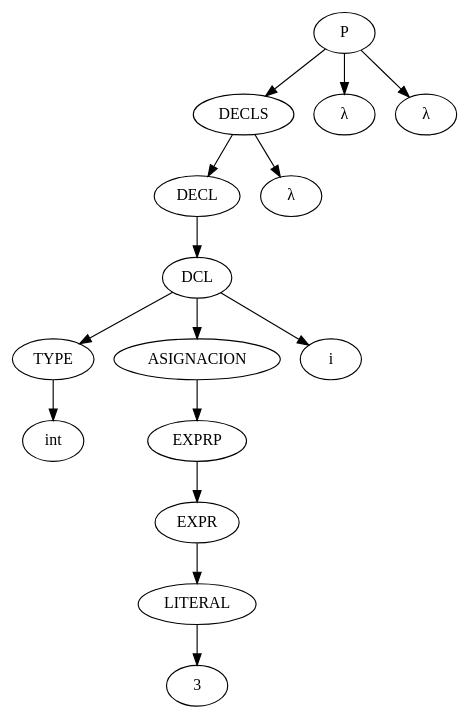
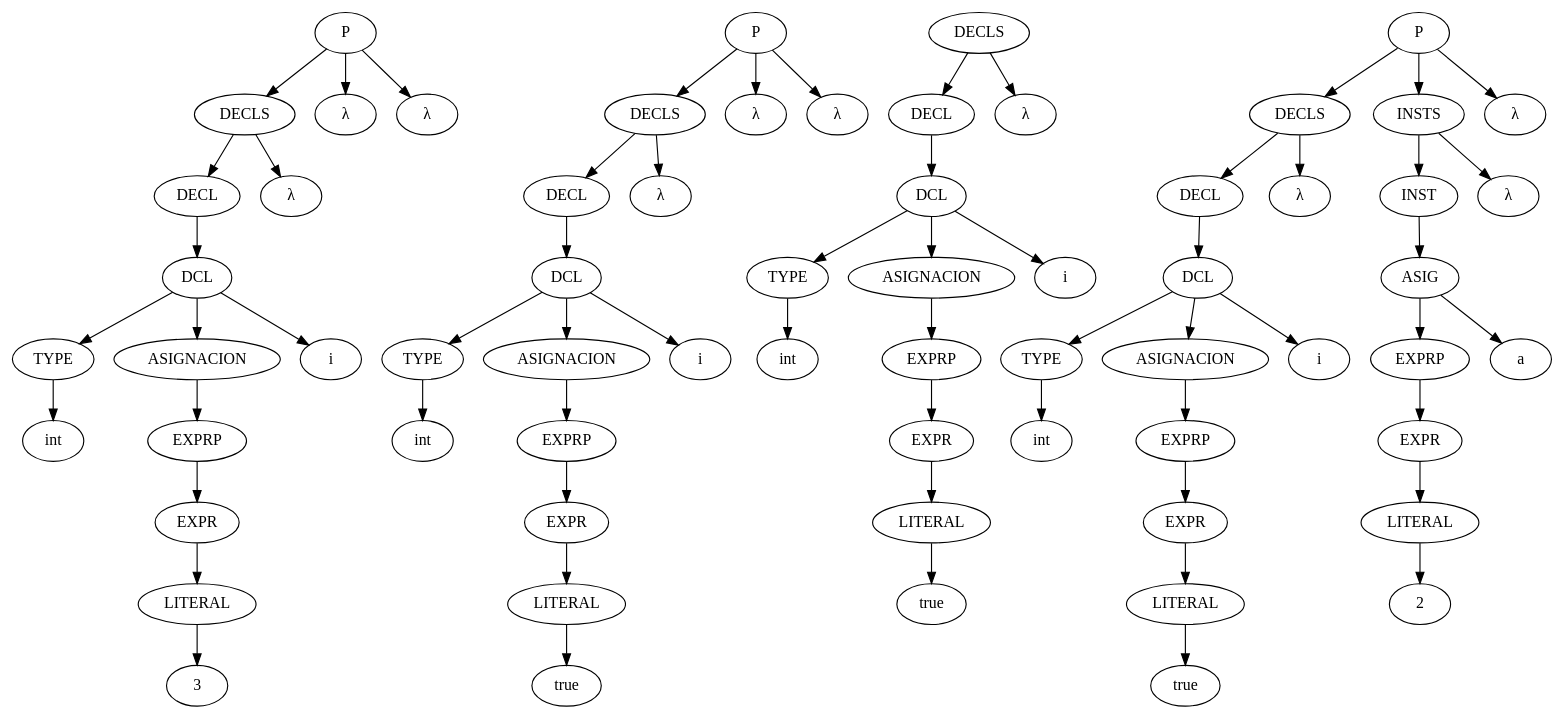
One commit to TomeuRamis/Csar changed the diagram in Arbol sintactico.dot. Above: the diagram before and after it, drawn with Graphviz. The commit also changed 15 other files, not shown here.

```diff
--- a/Arbol sintactico.dot
+++ b/Arbol sintactico.dot
@@ -1,31 +1,128 @@
 strict digraph G {
   TYPE0 [ label="TYPE" ];
   int1 [ label="int" ];
   LITERAL2 [ label="LITERAL" ];
   33 [ label="3" ];
   EXPR4 [ label="EXPR" ];
   EXPRP5 [ label="EXPRP" ];
   ASIGNACION6 [ label="ASIGNACION" ];
   DCL7 [ label="DCL" ];
   i8 [ label="i" ];
   DECL9 [ label="DECL" ];
   lambda10 [ label="λ" ];
   DECLS11 [ label="DECLS" ];
   lambda12 [ label="λ" ];
   lambda13 [ label="λ" ];
   P14 [ label="P" ];
+  TYPE15 [ label="TYPE" ];
+  int16 [ label="int" ];
+  LITERAL17 [ label="LITERAL" ];
+  true18 [ label="true" ];
+  EXPR19 [ label="EXPR" ];
+  EXPRP20 [ label="EXPRP" ];
+  ASIGNACION21 [ label="ASIGNACION" ];
+  DCL22 [ label="DCL" ];
+  i23 [ label="i" ];
+  DECL24 [ label="DECL" ];
+  lambda25 [ label="λ" ];
+  DECLS26 [ label="DECLS" ];
+  lambda27 [ label="λ" ];
+  lambda28 [ label="λ" ];
+  P29 [ label="P" ];
+  TYPE30 [ label="TYPE" ];
+  int31 [ label="int" ];
+  LITERAL32 [ label="LITERAL" ];
+  true33 [ label="true" ];
+  EXPR34 [ label="EXPR" ];
+  EXPRP35 [ label="EXPRP" ];
+  ASIGNACION36 [ label="ASIGNACION" ];
+  DCL37 [ label="DCL" ];
+  i38 [ label="i" ];
+  DECL39 [ label="DECL" ];
+  lambda40 [ label="λ" ];
+  DECLS41 [ label="DECLS" ];
+  TYPE42 [ label="TYPE" ];
+  int43 [ label="int" ];
+  LITERAL44 [ label="LITERAL" ];
+  true45 [ label="true" ];
+  EXPR46 [ label="EXPR" ];
+  EXPRP47 [ label="EXPRP" ];
+  ASIGNACION48 [ label="ASIGNACION" ];
+  DCL49 [ label="DCL" ];
+  i50 [ label="i" ];
+  DECL51 [ label="DECL" ];
+  lambda52 [ label="λ" ];
+  DECLS53 [ label="DECLS" ];
+  LITERAL54 [ label="LITERAL" ];
+  255 [ label="2" ];
+  EXPR56 [ label="EXPR" ];
+  EXPRP57 [ label="EXPRP" ];
+  ASIG58 [ label="ASIG" ];
+  a59 [ label="a" ];
+  INST60 [ label="INST" ];
+  lambda61 [ label="λ" ];
+  INSTS62 [ label="INSTS" ];
+  lambda63 [ label="λ" ];
+  P64 [ label="P" ];
   TYPE0 -> int1;
   LITERAL2 -> 33;
   EXPR4 -> LITERAL2;
   EXPRP5 -> EXPR4;
   ASIGNACION6 -> EXPRP5;
   DCL7 -> TYPE0;
   DCL7 -> i8;
   DCL7 -> ASIGNACION6;
   DECL9 -> DCL7;
   DECLS11 -> DECL9;
   DECLS11 -> lambda10;
   P14 -> DECLS11;
   P14 -> lambda12;
   P14 -> lambda13;
+  TYPE15 -> int16;
+  LITERAL17 -> true18;
+  EXPR19 -> LITERAL17;
+  EXPRP20 -> EXPR19;
+  ASIGNACION21 -> EXPRP20;
+  DCL22 -> TYPE15;
+  DCL22 -> i23;
+  DCL22 -> ASIGNACION21;
+  DECL24 -> DCL22;
+  DECLS26 -> DECL24;
+  DECLS26 -> lambda25;
+  P29 -> DECLS26;
+  P29 -> lambda27;
+  P29 -> lambda28;
+  TYPE30 -> int31;
+  LITERAL32 -> true33;
+  EXPR34 -> LITERAL32;
+  EXPRP35 -> EXPR34;
+  ASIGNACION36 -> EXPRP35;
+  DCL37 -> TYPE30;
+  DCL37 -> i38;
+  DCL37 -> ASIGNACION36;
+  DECL39 -> DCL37;
+  DECLS41 -> DECL39;
+  DECLS41 -> lambda40;
+  TYPE42 -> int43;
+  LITERAL44 -> true45;
+  EXPR46 -> LITERAL44;
+  EXPRP47 -> EXPR46;
+  ASIGNACION48 -> EXPRP47;
+  DCL49 -> TYPE42;
+  DCL49 -> i50;
+  DCL49 -> ASIGNACION48;
+  DECL51 -> DCL49;
+  DECLS53 -> DECL51;
+  DECLS53 -> lambda52;
+  LITERAL54 -> 255;
+  EXPR56 -> LITERAL54;
+  EXPRP57 -> EXPR56;
+  ASIG58 -> a59;
+  ASIG58 -> EXPRP57;
+  INST60 -> ASIG58;
+  INSTS62 -> INST60;
+  INSTS62 -> lambda61;
+  P64 -> DECLS53;
+  P64 -> INSTS62;
+  P64 -> lambda63;
 }
```
